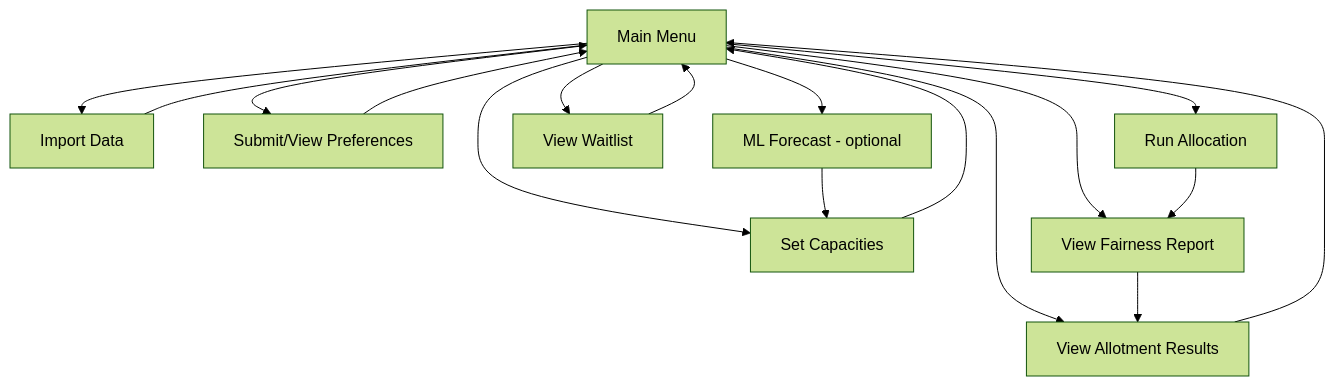
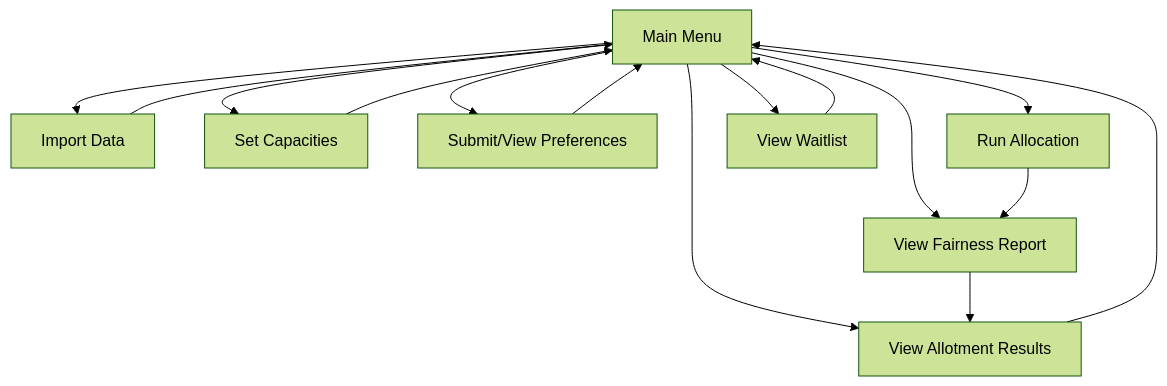
One commit to AnubhavKiroula/AllotMate changed the diagram in docs/04_UIUX.md. Above: the diagram before and after it, drawn with Mermaid (forest theme). The commit also changed other lines of this file and 7 other files, not shown here.

````diff
--- a/docs/04_UIUX.md
+++ b/docs/04_UIUX.md
@@ -34,20 +44,18 @@
 ```mermaid
 flowchart TD
     A[Main Menu] --> B[Import Data]
     A --> C[Set Capacities]
     A --> D[Submit/View Preferences]
     A --> E[Run Allocation]
     A --> F[View Fairness Report]
     A --> G[View Allotment Results]
     A --> H[View Waitlist]
-    A --> I[ML Forecast - optional]
 
     B --> A
     C --> A
     D --> A
     E --> F
     F --> G
     G --> A
     H --> A
-    I --> C
 ```
````
